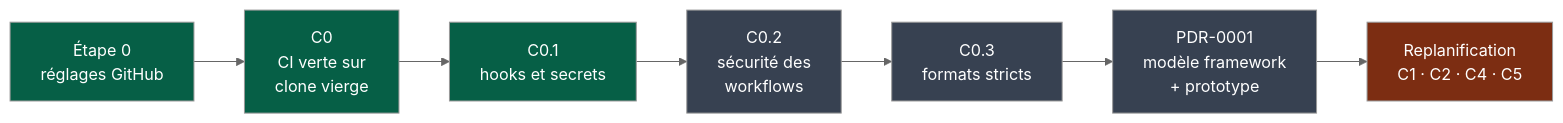
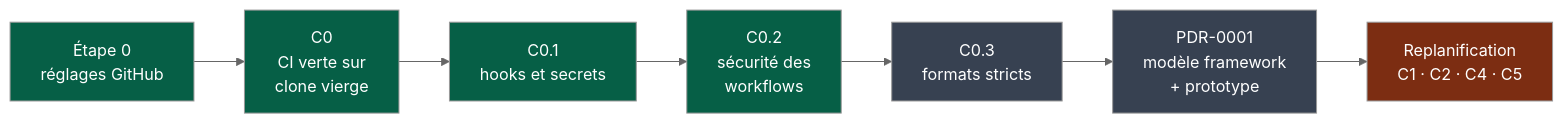
The first of 2 diagrams in docs/governance/chantiers.md (NapkinStack/engineering-os), drawn with Mermaid (neutral theme) before and after one commit. The commit also changed other lines of this file and 8 other files, not shown here.

First line of the commit message:
C0.2 — Sécurité des workflows (#4)

````diff
--- a/docs/governance/chantiers.md
+++ b/docs/governance/chantiers.md
@@ -10,14 +10,14 @@
 ```mermaid
 flowchart LR
     S0["Étape 0<br/>réglages GitHub"]:::fait --> C0["C0<br/>CI verte sur<br/>clone vierge"]:::fait
     C0 --> C01["C0.1<br/>hooks et secrets"]:::fait
-    C01 --> C02["C0.2<br/>sécurité des<br/>workflows"]:::afaire
+    C01 --> C02["C0.2<br/>sécurité des<br/>workflows"]:::fait
     C02 --> C03["C0.3<br/>formats stricts"]:::afaire
     C03 --> PDR["PDR-0001<br/>modèle framework<br/>+ prototype"]:::afaire
     PDR --> RP["Replanification<br/>C1 · C2 · C4 · C5"]:::bloque
 
     classDef fait fill:#065f46,color:#fff
     classDef partiel fill:#92400e,color:#fff
     classDef afaire fill:#374151,color:#fff
     classDef bloque fill:#7c2d12,color:#fff
 ```
````
